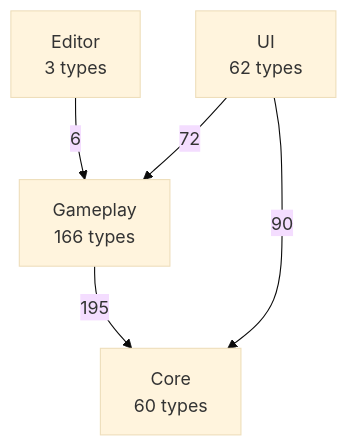
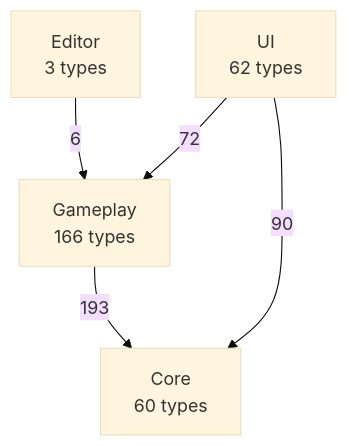
One commit to PhumipatWave/project-ocean changed the first of 2 diagrams in docs/uml/00-overview.md. Above: the diagram before and after it, drawn with Mermaid (base theme). The commit also changed other lines of this file and 55 other files, not shown here.

````diff
--- a/docs/uml/00-overview.md
+++ b/docs/uml/00-overview.md
@@ -11,11 +11,11 @@
 ```mermaid
 flowchart TB
   Editor["Editor<br/>3 types"]
   UI["UI<br/>62 types"]
   Gameplay["Gameplay<br/>166 types"]
   Core["Core<br/>60 types"]
   Editor -->|6| Gameplay
-  Gameplay -->|195| Core
+  Gameplay -->|193| Core
   UI -->|90| Core
   UI -->|72| Gameplay
 ```
````
